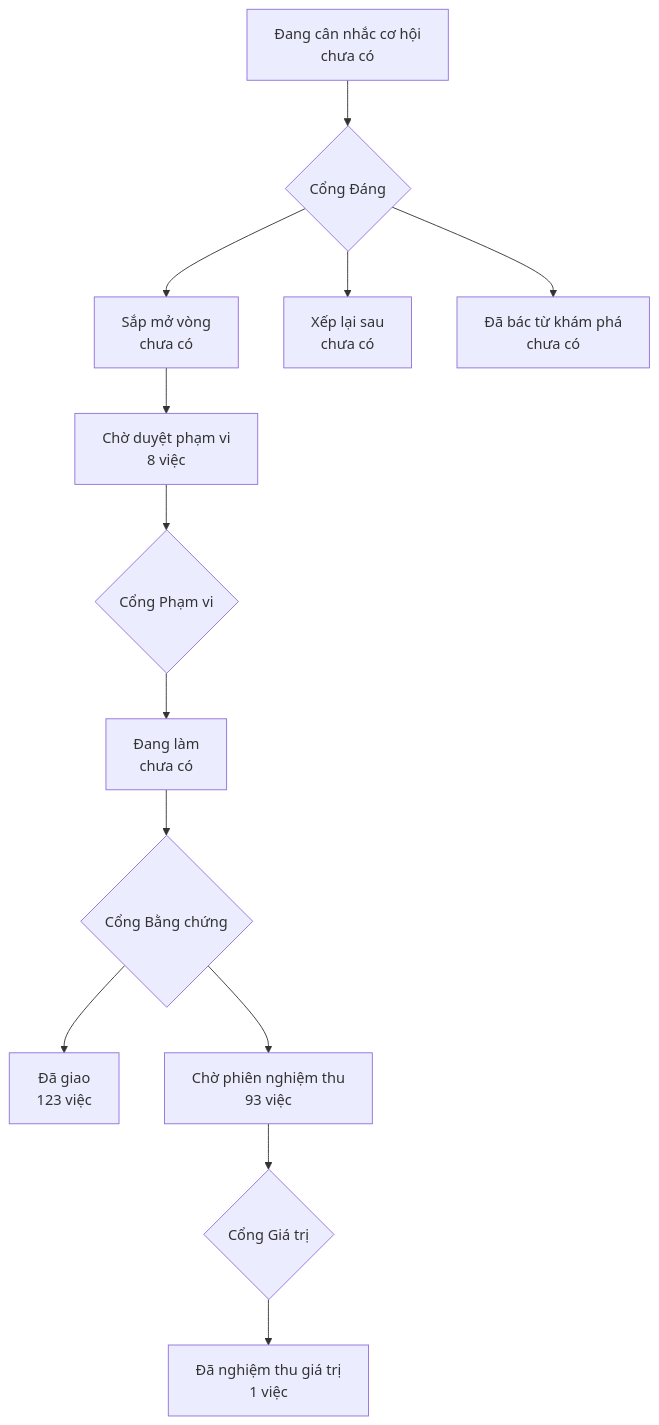
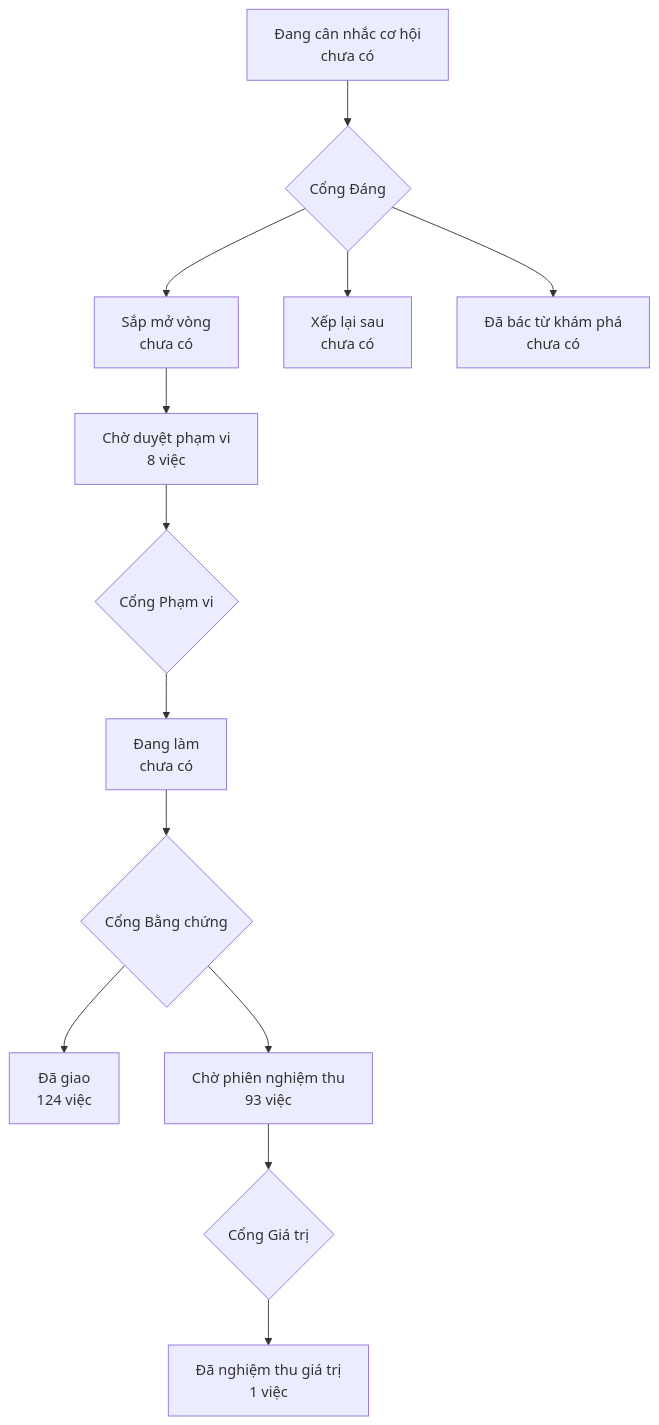
Before and after one commit to phanlemanh/onehub-invest: the diagram in PRODUCT-MAP.md, drawn with Mermaid. The commit also changed other lines of this file and 1 other file, not shown here.

Commit message:
chore(people-hien-so-goc): vẽ lại bản đồ sau gộp main 447275e7

````diff
--- a/PRODUCT-MAP.md
+++ b/PRODUCT-MAP.md
@@ -7,12 +7,12 @@
 ```mermaid
 flowchart TD
   A["Đang cân nhắc cơ hội<br/>chưa có"] --> GD{"Cổng Đáng"}
   GD --> B["Sắp mở vòng<br/>chưa có"]
   GD --> XL["Xếp lại sau<br/>chưa có"]
   GD --> DB["Đã bác từ khám phá<br/>chưa có"]
   B --> CD["Chờ duyệt phạm vi<br/>8 việc"] --> GP{"Cổng Phạm vi"}
   GP --> DL["Đang làm<br/>chưa có"] --> GB{"Cổng Bằng chứng"}
-  GB --> DG["Đã giao<br/>123 việc"]
+  GB --> DG["Đã giao<br/>124 việc"]
   GB --> CN["Chờ phiên nghiệm thu<br/>93 việc"] --> GG{"Cổng Giá trị"}
   GG --> NT["Đã nghiệm thu giá trị<br/>1 việc"]
 ```
````
